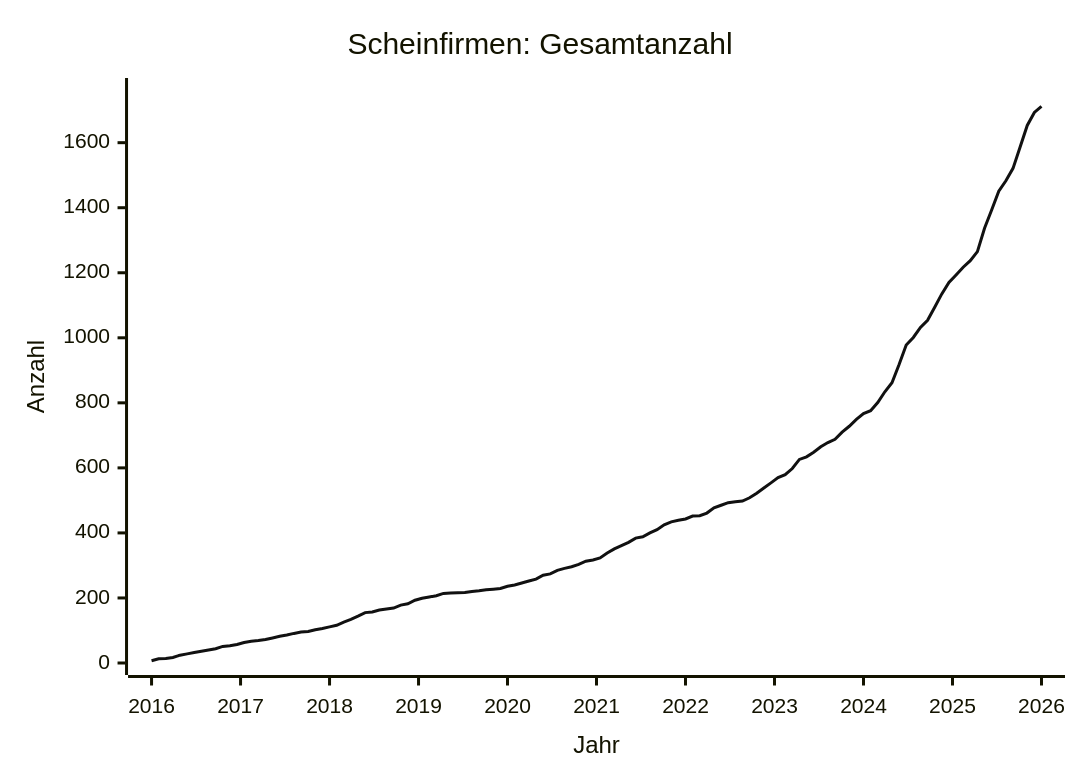
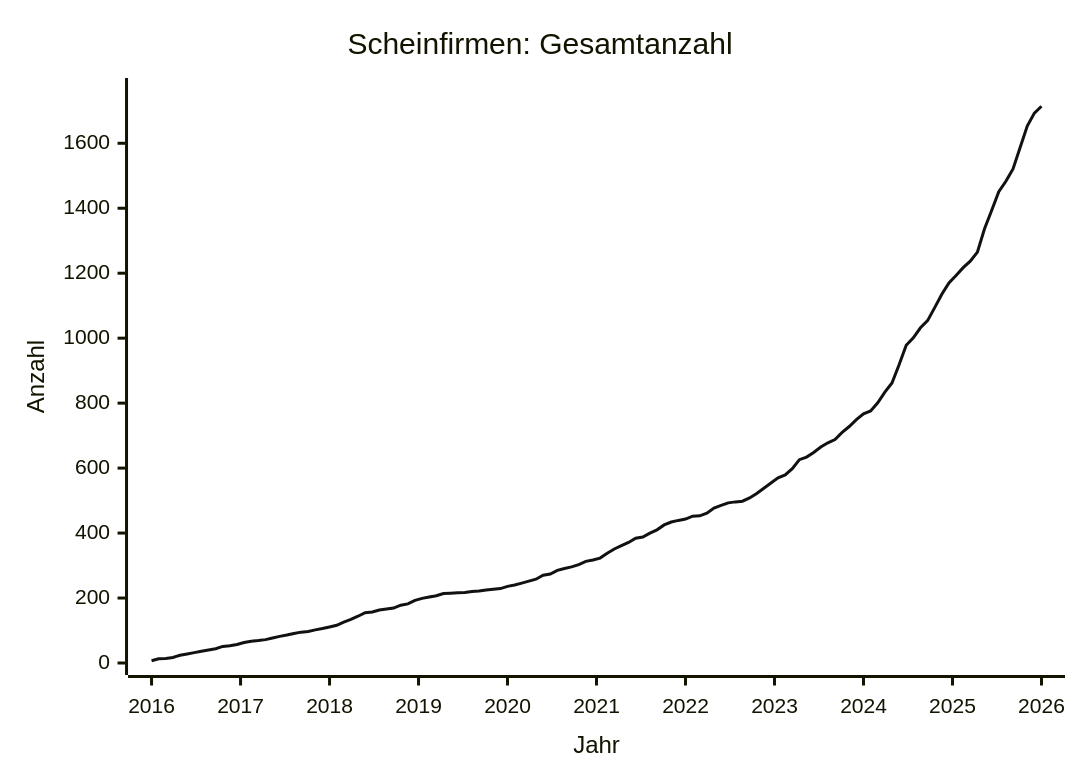
Before and after one commit to arjoma/scheinfirmen-at: the diagram in data/STATS.md, drawn with Mermaid. The commit also changed other lines of this file and 3 other files, not shown here.

````diff
--- a/data/STATS.md
+++ b/data/STATS.md
@@ -9,13 +9,13 @@
 ```mermaid
 ---
 config:
   themeVariables:
     xyChart:
       plotColorPalette: "#111111"
 ---
 xychart-beta
     title "Scheinfirmen: Gesamtanzahl"
     x-axis "Jahr" 2016 --> 2026
-    y-axis "Anzahl" 0 --> 1762
-    line [7, 13, 14, 17, 24, 28, 32, 36, 40, 44, 51, 53, 57, 63, 67, 69, 72, 77, 82, 86, 91, 95, 97, 102, 106, 111, 116, 126, 134, 144, 155, 157, 163, 166, 169, 178, 182, 193, 199, 203, 207, 214, 215, 216, 217, 220, 222, 225, 227, 229, 236, 240, 246, 252, 258, 270, 274, 285, 291, 296, 303, 313, 317, 323, 338, 351, 361, 371, 384, 388, 400, 410, 425, 434, 439, 443, 452, 453, 461, 477, 485, 493, 496, 498, 508, 522, 538, 554, 570, 579, 598, 626, 634, 648, 665, 678, 688, 710, 728, 749, 767, 776, 801, 834, 862, 918, 978, 1001, 1032, 1054, 1094, 1135, 1170, 1193, 1217, 1237, 1265, 1337, 1393, 1451, 1483, 1521, 1587, 1653, 1693, 1712]
+    y-axis "Anzahl" 0 --> 1764
+    line [7, 13, 14, 17, 24, 28, 32, 36, 40, 44, 51, 53, 57, 63, 67, 69, 72, 77, 82, 86, 91, 95, 97, 102, 106, 111, 116, 126, 134, 144, 155, 157, 163, 166, 169, 178, 182, 193, 199, 203, 207, 214, 215, 216, 217, 220, 222, 225, 227, 229, 236, 240, 246, 252, 258, 270, 274, 285, 291, 296, 303, 313, 317, 323, 338, 351, 361, 371, 384, 388, 400, 410, 425, 434, 439, 443, 452, 453, 461, 477, 485, 493, 496, 498, 508, 522, 538, 554, 570, 579, 598, 626, 634, 648, 665, 678, 688, 710, 728, 749, 767, 776, 801, 834, 862, 918, 978, 1001, 1032, 1054, 1094, 1135, 1170, 1193, 1217, 1237, 1265, 1337, 1393, 1451, 1483, 1521, 1587, 1653, 1693, 1714]
 ```
````
